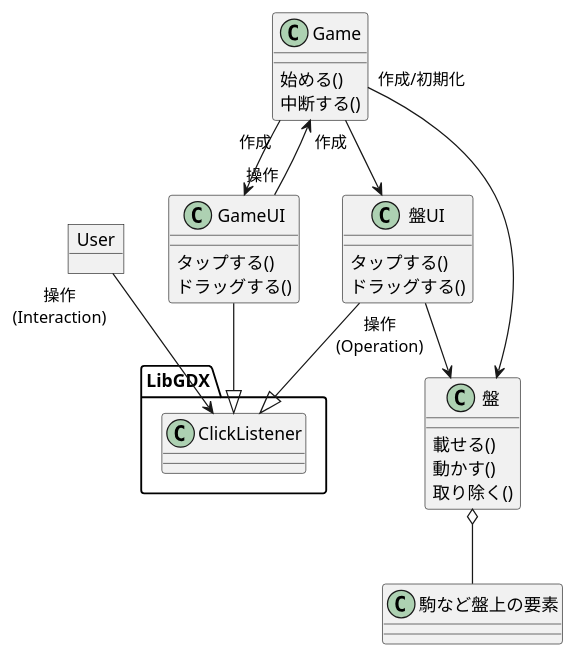
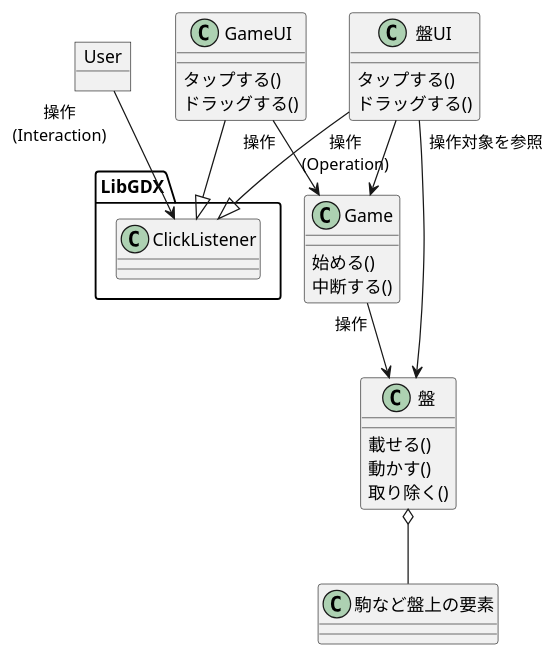
One commit to turanukimaru/fehs changed the diagram in uml/uml3/usecaseC.puml. Above: the diagram before and after it, drawn with PlantUML. The commit also changed 105 other files, not shown here.

```diff
--- a/uml/uml3/usecaseC.puml
+++ b/uml/uml3/usecaseC.puml
@@ -1,33 +1,32 @@
 @startuml
 
 object User
 class Game{
 始める()
 中断する()
 }
 class 盤UI{
 タップする()
 ドラッグする()
 }
 class GameUI{
 タップする()
 ドラッグする()
 }
 package LibGDX{
 class ClickListener
 }
 class 盤{
 載せる()
 動かす()
 取り除く()
 }
 User "操作\n(Interaction)" --> ClickListener
 盤UI --|> ClickListener
 GameUI --|> ClickListener
-Game "作成"--> 盤UI
 GameUI "操作"--> Game
-Game "作成"--> GameUI
-盤UI "操作\n(Operation)"--> 盤
-Game  "作成/初期化"--> 盤
+盤UI "操作\n(Operation)"--> Game
+盤UI "操作対象を参照"--> 盤
+Game  "操作"--> 盤
 盤 o-- 駒など盤上の要素
 @enduml
```
